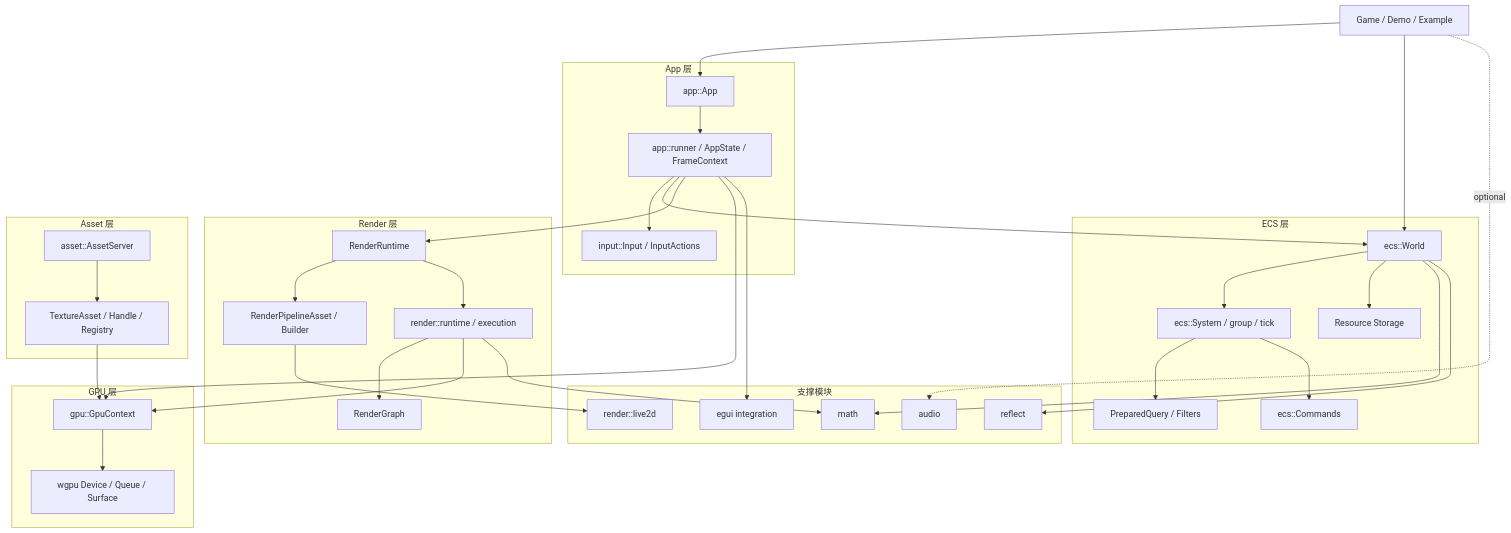
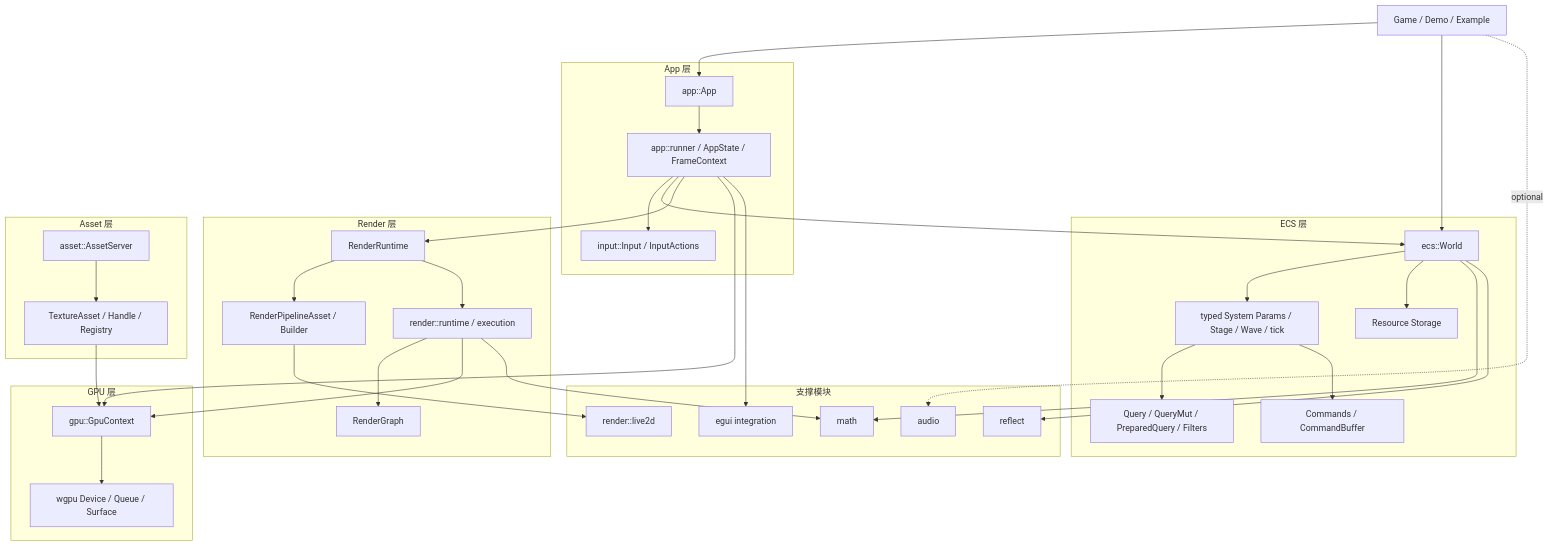
Before and after one commit to jz315/SkyEngine: the first of 6 diagrams in docs/architecture/architecture.md, drawn with Mermaid. The commit also changed other lines of this file and 11 other files, not shown here.

Commit message:
docs: document typed ECS runtime and validation workflow

````diff
--- a/docs/architecture/architecture.md
+++ b/docs/architecture/architecture.md
@@ -157,74 +157,74 @@
 ```mermaid
 flowchart TB
     User[Game / Demo / Example]
 
     subgraph AppLayer[App 层]
         App[app::App]
         Runner[app::runner / AppState / FrameContext]
         Input[input::Input / InputActions]
     end
 
     subgraph ECSLayer[ECS 层]
         World[ecs::World]
-        Systems[ecs::System / group / tick]
-        Queries[PreparedQuery / Filters]
-        Commands[ecs::Commands]
+        Systems[typed System Params / Stage / Wave / tick]
+        Queries[Query / QueryMut / PreparedQuery / Filters]
+        Commands[Commands / CommandBuffer]
         Resources[Resource Storage]
     end
 
     subgraph RenderLayer[Render 层]
         RenderRt[RenderRuntime]
         Pipeline[RenderPipelineAsset / Builder]
         Runtime[render::runtime / execution]
         Graph[RenderGraph]
     end
 
     subgraph GPULayer[GPU 层]
         GPU[gpu::GpuContext]
         WGPU[wgpu Device / Queue / Surface]
     end
 
     subgraph AssetLayer[Asset 层]
         AssetServer[asset::AssetServer]
         AssetTypes[TextureAsset / Handle / Registry]
     end
 
     subgraph SupportLayer[支撑模块]
         Math[math]
         Reflect[reflect]
         Live2D[render::live2d]
         Audio[audio]
         Egui[egui integration]
     end
 
     User --> App
     User --> World
 
     App --> Runner
     Runner --> Input
     Runner --> World
     Runner --> RenderRt
     Runner --> GPU
 
     World --> Systems
     Systems --> Queries
     Systems --> Commands
     World --> Resources
 
     RenderRt --> Pipeline
     RenderRt --> Runtime
     Runtime --> Graph
     Runtime --> GPU
 
     GPU --> WGPU
 
     AssetServer --> AssetTypes
     AssetTypes --> GPU
 
     World --> Math
     Runtime --> Math
     World --> Reflect
     Pipeline --> Live2D
     Runner --> Egui
     User -. optional .-> Audio
 ```
````
